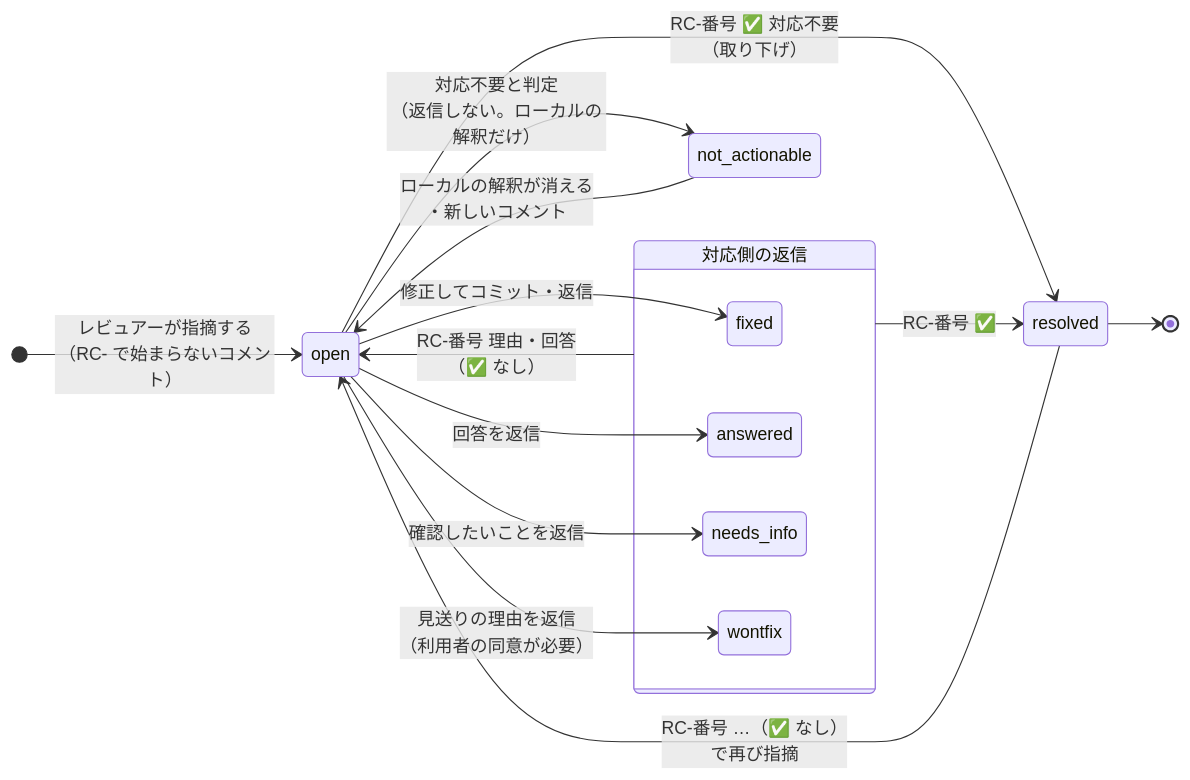
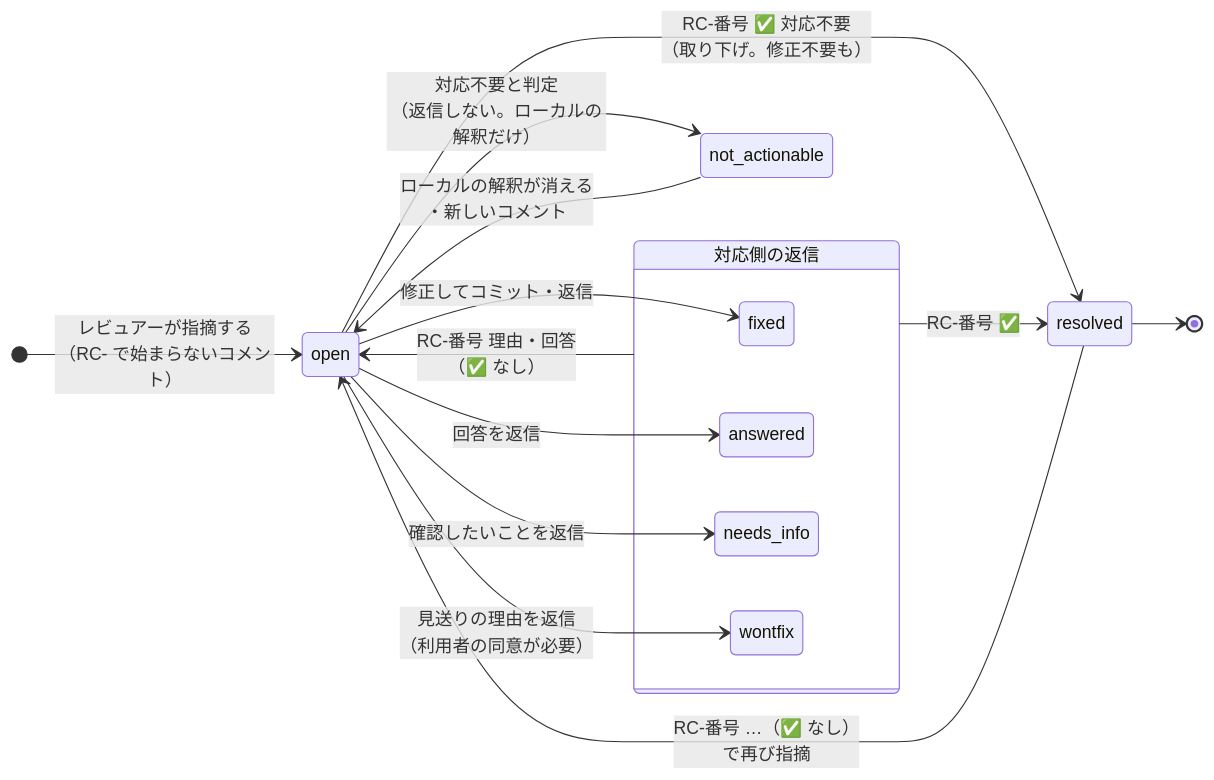
The diagram in docs/status.md (jparound30/backlog-review), drawn with Mermaid before and after one commit. The commit also changed other lines of this file and 14 other files, not shown here.

````diff
--- a/docs/status.md
+++ b/docs/status.md
@@ -19,28 +19,28 @@
 ```mermaid
 stateDiagram-v2
     direction LR
 
     [*] --> open: レビュアーが指摘する<br/>（RC- で始まらないコメント）
 
     state "対応側の返信" as replied {
         fixed
         answered
         needs_info
         wontfix
     }
 
     open --> fixed: 修正してコミット・返信
     open --> answered: 回答を返信
     open --> needs_info: 確認したいことを返信
     open --> wontfix: 見送りの理由を返信<br/>（利用者の同意が必要）
     open --> not_actionable: 対応不要と判定<br/>（返信しない。ローカルの解釈だけ）
 
     replied --> open: RC-番号 理由・回答<br/>（✅ なし）
     replied --> resolved: RC-番号 ✅
 
-    open --> resolved: RC-番号 ✅ 対応不要<br/>（取り下げ）
+    open --> resolved: RC-番号 ✅ 対応不要<br/>（取り下げ。修正不要も）
     not_actionable --> open: ローカルの解釈が消える<br/>・新しいコメント
 
     resolved --> open: RC-番号 …（✅ なし）<br/>で再び指摘
     resolved --> [*]
 ```
````
